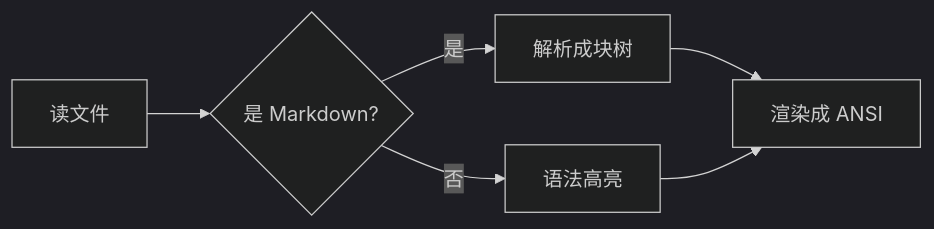
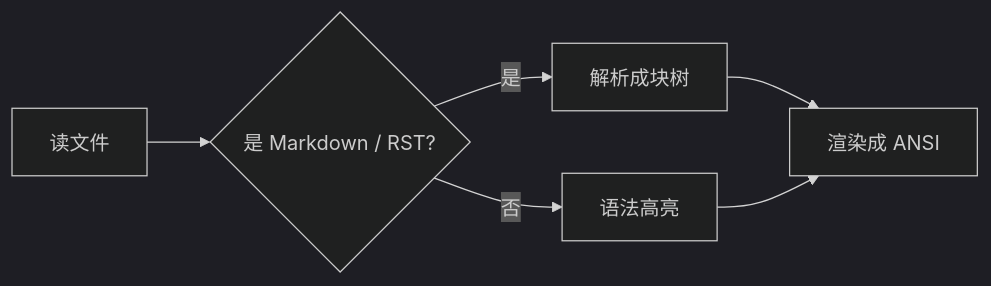
Before and after one commit to argsno/mcat: the diagram in README.md, drawn with Mermaid (dark theme). The commit also changed other lines of this file and 9 other files, not shown here.

````diff
--- a/README.md
+++ b/README.md
@@ -43,8 +44,8 @@
 ```mermaid
 flowchart LR
-  A[读文件] --> B{是 Markdown?}
+  A[读文件] --> B{是 Markdown / RST?}
   B -->|是| C[解析成块树]
   B -->|否| D[语法高亮]
   C --> E[渲染成 ANSI]
   D --> E
 ```
````
